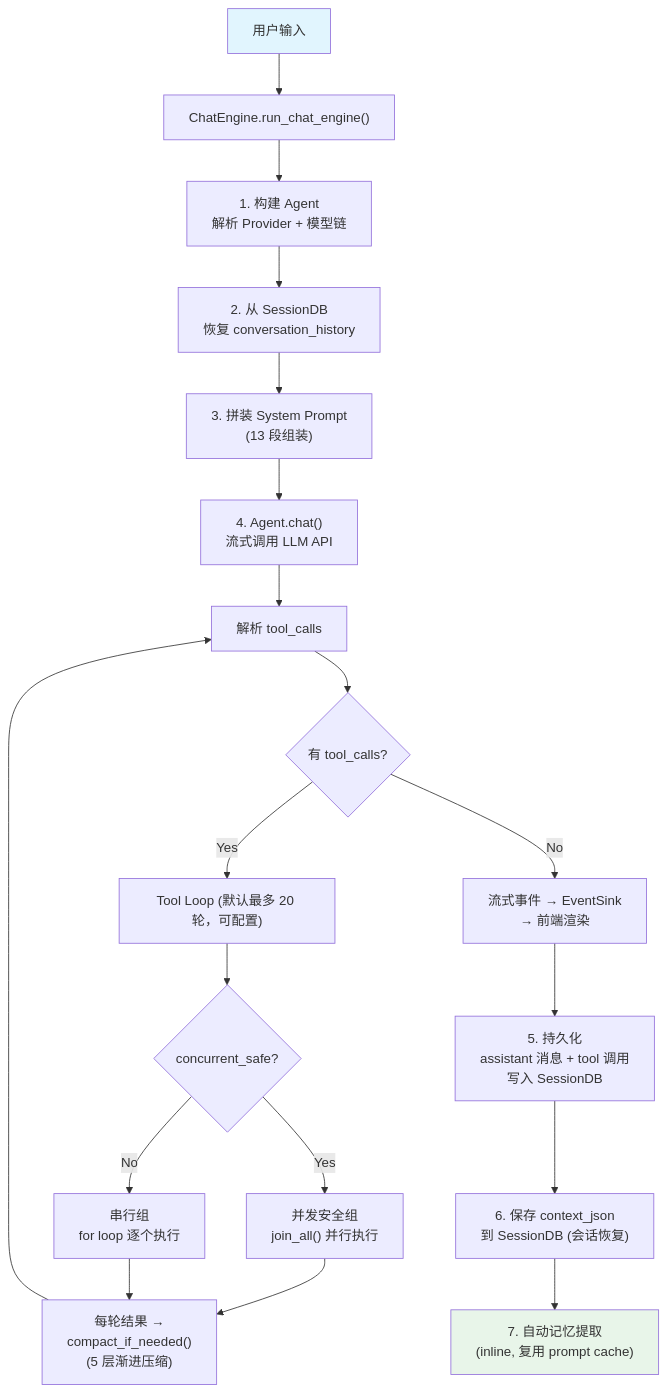
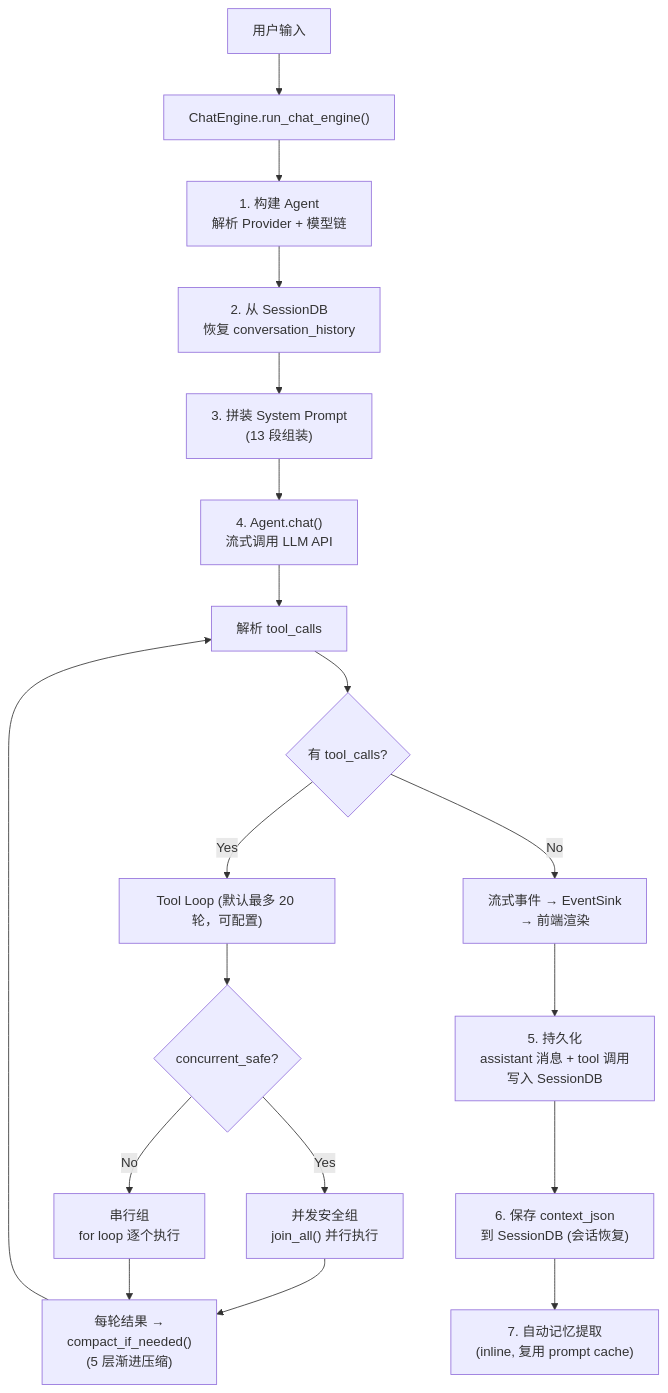
Before and after one commit to shiwenwen/hope-agent: the second of 4 diagrams in docs/architecture/overview.md, drawn with Mermaid. The commit also changed other lines of this file and 13 other files, not shown here.

First line of the commit message:
docs: 移除 mermaid 图表中的自定义背景色填充

````diff
--- a/docs/architecture/overview.md
+++ b/docs/architecture/overview.md
@@ -84,26 +80,24 @@
 ```mermaid
 flowchart TD
     A["用户输入"] --> B["ChatEngine.run_chat_engine()"]
     B --> C["1. 构建 Agent<br/>解析 Provider + 模型链"]
     C --> D["2. 从 SessionDB<br/>恢复 conversation_history"]
     D --> E["3. 拼装 System Prompt<br/>(13 段组装)"]
     E --> F["4. Agent.chat()<br/>流式调用 LLM API"]
 
     F --> G["解析 tool_calls"]
     G --> H{"有 tool_calls?"}
     H -- Yes --> I["Tool Loop (默认最多 20 轮，可配置)"]
     I --> J{"concurrent_safe?"}
     J -- Yes --> K["并发安全组<br/>join_all() 并行执行"]
     J -- No --> L["串行组<br/>for loop 逐个执行"]
     K --> M["每轮结果 →<br/>compact_if_needed()<br/>(5 层渐进压缩)"]
     L --> M
     M --> G
 
     H -- No --> N["流式事件 → EventSink<br/>→ 前端渲染"]
     N --> O["5. 持久化<br/>assistant 消息 + tool 调用<br/>写入 SessionDB"]
     O --> P["6. 保存 context_json<br/>到 SessionDB (会话恢复)"]
     P --> Q["7. 自动记忆提取<br/>(inline, 复用 prompt cache)"]
 
-    style A fill:#e1f5fe
-    style Q fill:#e8f5e9
 ```
````
